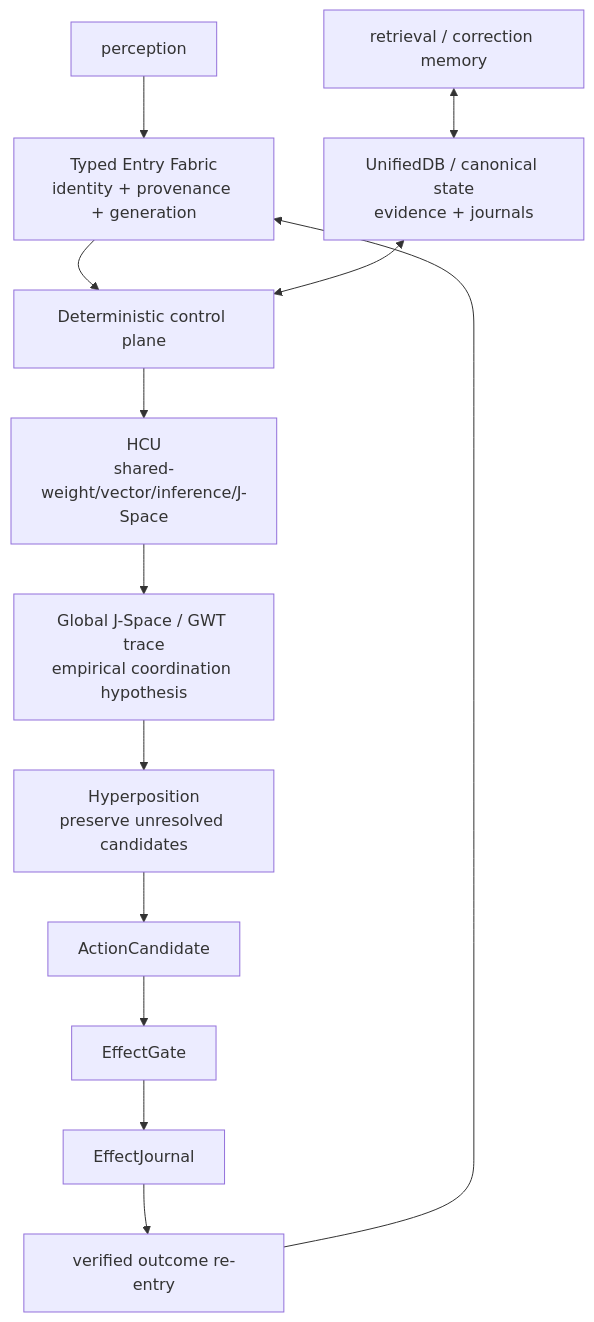
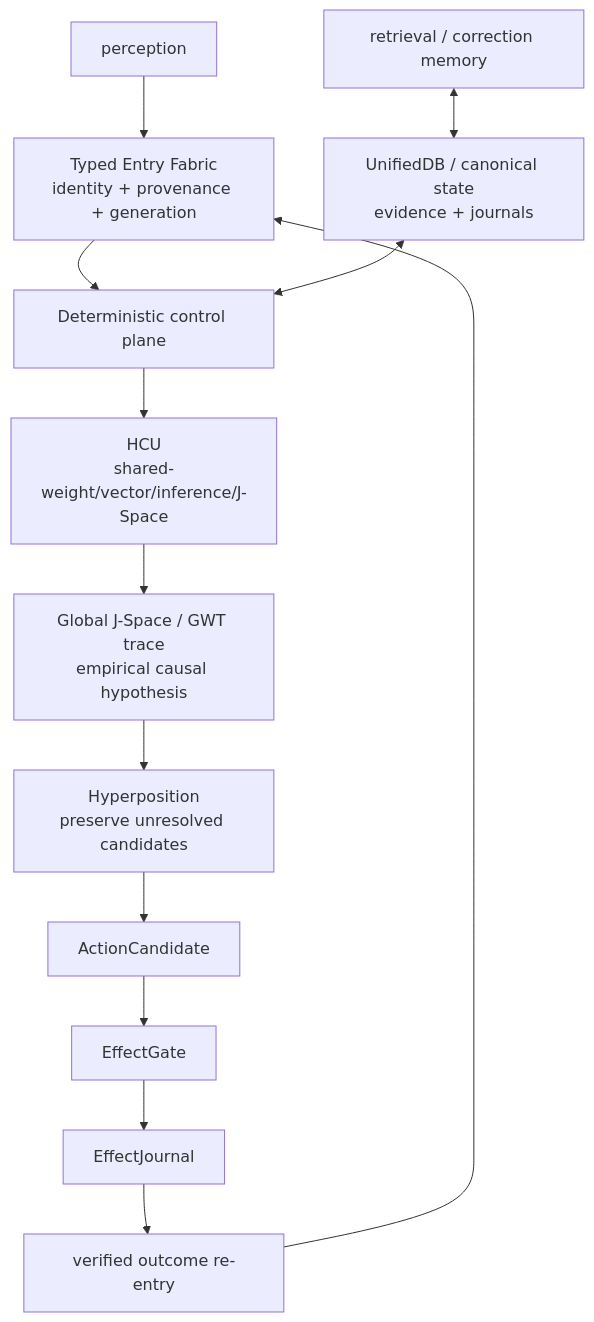
One commit to gschaidergabriel/Cognitive-devmachine changed the diagram in DEV_SOURCE_RESEARCH/README.md. Above: the diagram before and after it, drawn with Mermaid. The commit also changed other lines of this file, not shown here.

````diff
--- a/DEV_SOURCE_RESEARCH/README.md
+++ b/DEV_SOURCE_RESEARCH/README.md
@@ -97,15 +115,15 @@
 ```mermaid
 flowchart TD
     ENTRY[Typed Entry Fabric\nidentity + provenance + generation] --> CTRL[Deterministic control plane]
     UDB[UnifiedDB / canonical state\nevidence + journals] <--> CTRL
     CTRL --> HCU[HCU\nshared-weight/vector/inference/J-Space]
-    HCU --> GWT[Global J-Space / GWT trace\nempirical coordination hypothesis]
+    HCU --> GWT[Global J-Space / GWT trace\nempirical causal hypothesis]
     GWT --> HP[Hyperposition\npreserve unresolved candidates]
     HP --> CAND[ActionCandidate]
     CAND --> EG[EffectGate]
     EG --> EJ[EffectJournal]
     EJ --> OBS[verified outcome re-entry]
     OBS --> ENTRY
     MEM[retrieval / correction memory] <--> UDB
     PER[perception] --> ENTRY
 ```
````
